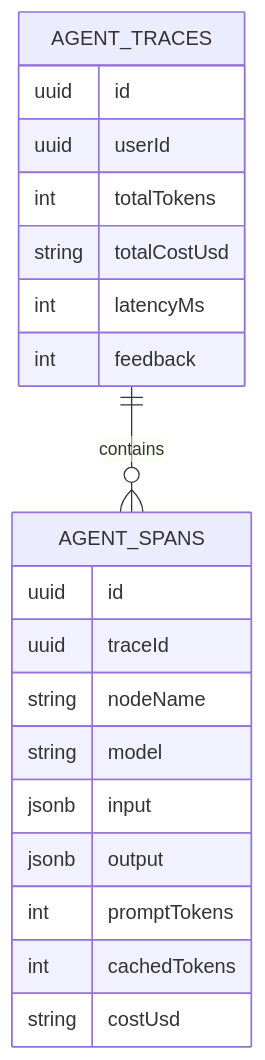
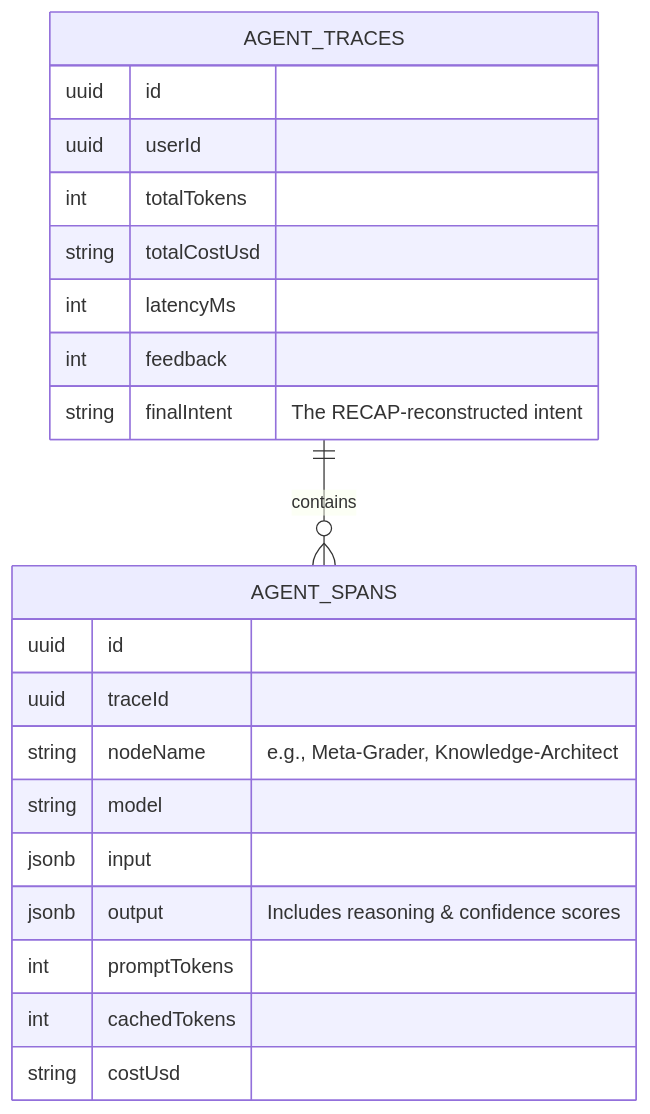
The first of 2 diagrams in docs/OBSERVABILITY.md (DragonL57/vmg_chatbot), drawn with Mermaid before and after one commit. The commit also changed other lines of this file and 2 other files, not shown here.

Commit message:
refactor: update README and architecture documentation for clarity and alignment with new Agentic RAG taxonomy

````diff
--- a/docs/OBSERVABILITY.md
+++ b/docs/OBSERVABILITY.md
@@ -10,23 +14,24 @@
 ```mermaid
 erDiagram
     AGENT_TRACES ||--o{ AGENT_SPANS : contains
     AGENT_TRACES {
         uuid id
         uuid userId
         int totalTokens
         string totalCostUsd
         int latencyMs
         int feedback
+        string finalIntent "The RECAP-reconstructed intent"
     }
     AGENT_SPANS {
         uuid id
         uuid traceId
-        string nodeName
+        string nodeName "e.g., Meta-Grader, Knowledge-Architect"
         string model
         jsonb input
-        jsonb output
+        jsonb output "Includes reasoning & confidence scores"
         int promptTokens
         int cachedTokens
         string costUsd
     }
 ```
````
